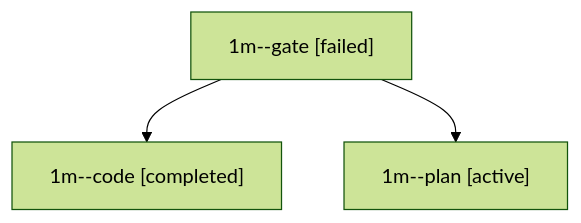
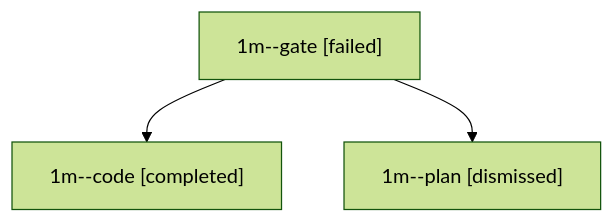
Before and after one commit to bobs-org/bob-cli--agents: the diagram in sessions/bbugyi200.apollo.1m.md, drawn with Mermaid (forest theme). The commit also changed other lines of this file and 10 other files, not shown here.

````diff
--- a/sessions/bbugyi200.apollo.1m.md
+++ b/sessions/bbugyi200.apollo.1m.md
@@ -9,8 +9,8 @@
 ```mermaid
 flowchart TD
   n0["1m--gate [failed]"]
   n1["1m--code [completed]"]
   n0 --> n1
-  n2["1m--plan [active]"]
+  n2["1m--plan [dismissed]"]
   n0 --> n2
 ```
````
